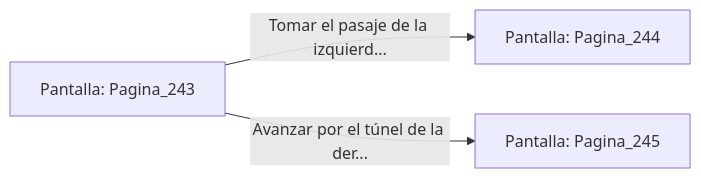
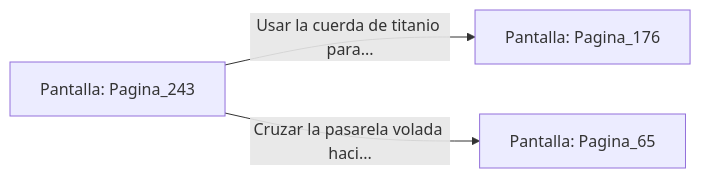
Before and after one commit to metsuke/mpl: the diagram in sample/eligejuego-vault/Pantalla_Pagina_243.md, drawn with Mermaid. The commit also changed other lines of this file and 635 other files, not shown here.

First line of the commit message:
fix: añadir Pagina_1 como pantalla inicial en capitulo_01.mpl

````diff
--- a/sample/eligejuego-vault/Pantalla_Pagina_243.md
+++ b/sample/eligejuego-vault/Pantalla_Pagina_243.md
@@ -20,6 +24,6 @@
 ```mermaid
 graph LR
     P_Pagina_243["Pantalla: Pagina_243"]
-    P_Pagina_243 -->|"Tomar el pasaje de la izquierd..."| P_Pagina_244["Pantalla: Pagina_244"]
-    P_Pagina_243 -->|"Avanzar por el túnel de la der..."| P_Pagina_245["Pantalla: Pagina_245"]
+    P_Pagina_243 -->|"Usar la cuerda de titanio para..."| P_Pagina_176["Pantalla: Pagina_176"]
+    P_Pagina_243 -->|"Cruzar la pasarela volada haci..."| P_Pagina_65["Pantalla: Pagina_65"]
 ```
````
